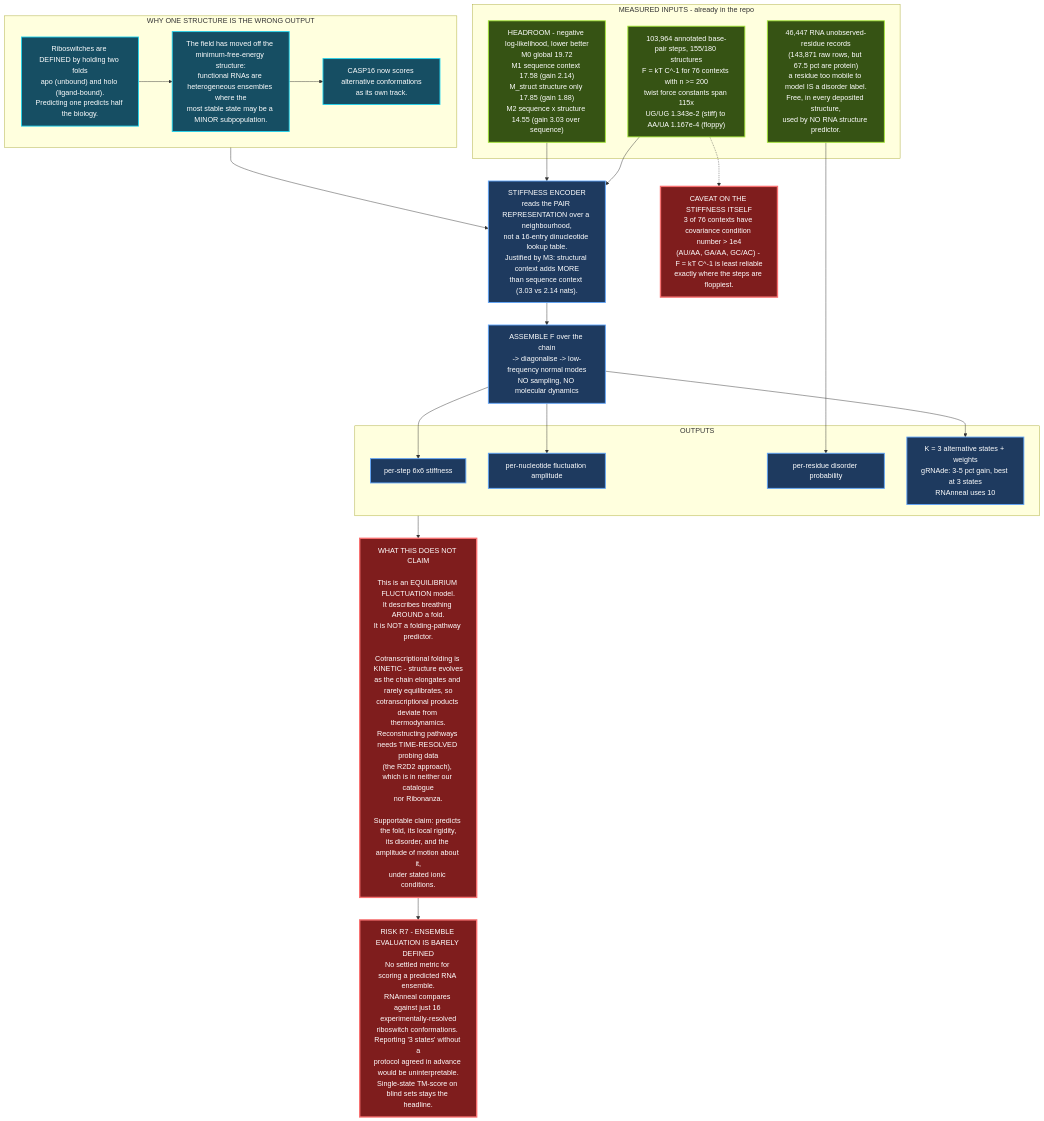
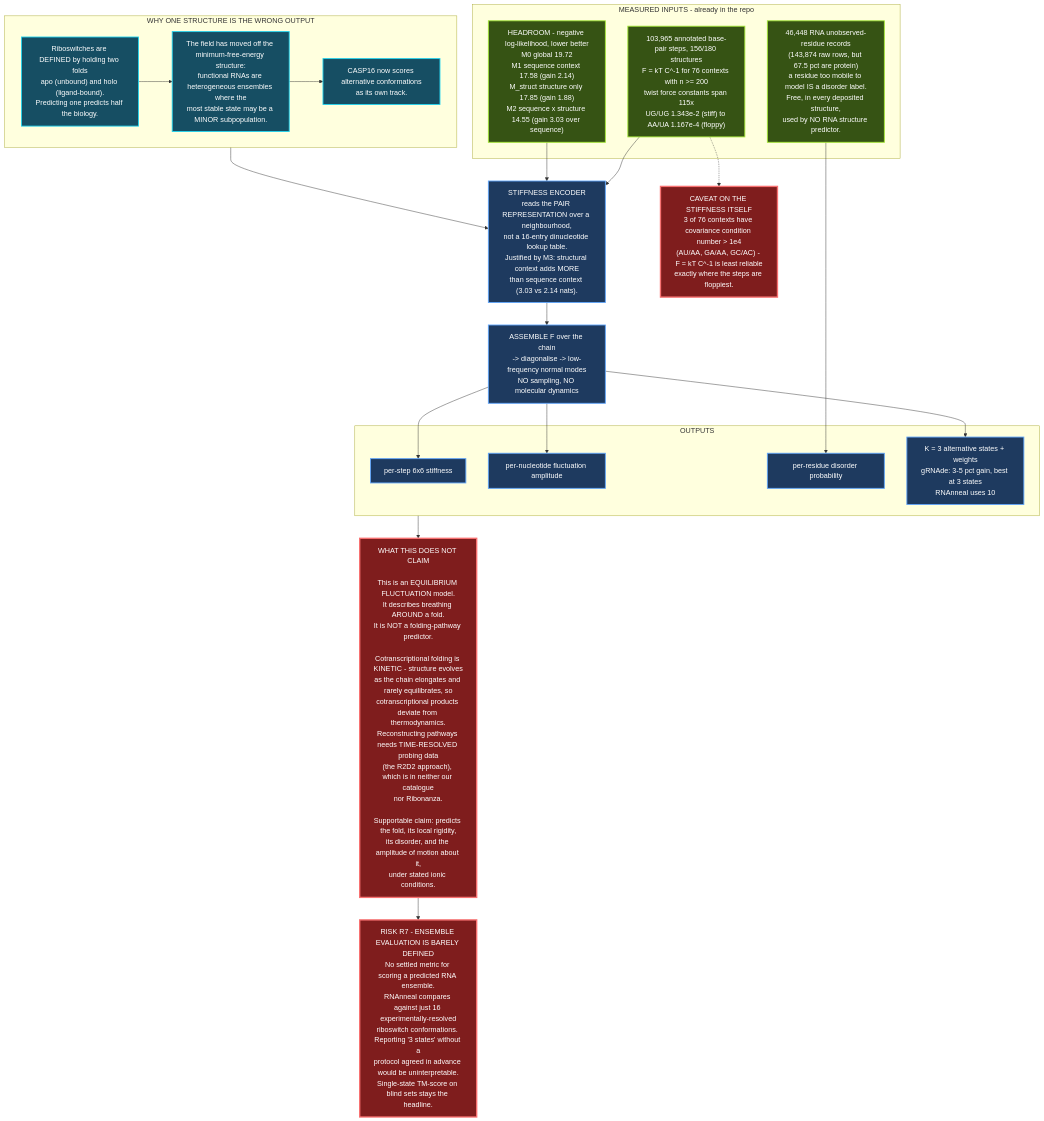
One commit to E-Motioner-X-SBS/sbs-rna changed the diagram in research/architecture/diagrams/08-dynamics-ensemble.mmd. Above: the diagram before and after it, drawn with Mermaid. The commit also changed 23 other files, not shown here.

```diff
--- a/research/architecture/diagrams/08-dynamics-ensemble.mmd
+++ b/research/architecture/diagrams/08-dynamics-ensemble.mmd
@@ -1,52 +1,52 @@
 graph TB
     subgraph WHY["WHY ONE STRUCTURE IS THE WRONG OUTPUT"]
         W1["Riboswitches are DEFINED by holding two folds<br/>apo (unbound) and holo (ligand-bound).<br/>Predicting one predicts half the biology."]
         W2["The field has moved off the minimum-free-energy structure:<br/>functional RNAs are heterogeneous ensembles where the<br/>most stable state may be a MINOR subpopulation."]
         W3["CASP16 now scores alternative conformations<br/>as its own track."]
         W1 --> W2 --> W3
     end
 
     subgraph MEAS["MEASURED INPUTS - already in the repo"]
-        M1["103,964 annotated base-pair steps, 155/180 structures<br/>F = kT C^-1 for 76 contexts with n >= 200<br/>twist force constants span 115x<br/>UG/UG 1.343e-2 (stiff) to AA/UA 1.167e-4 (floppy)"]
-        M2["46,447 RNA unobserved-residue records<br/>(143,871 raw rows, but 67.5 pct are protein)<br/>a residue too mobile to model IS a disorder label.<br/>Free, in every deposited structure,<br/>used by NO RNA structure predictor."]
+        M1["103,965 annotated base-pair steps, 156/180 structures<br/>F = kT C^-1 for 76 contexts with n >= 200<br/>twist force constants span 115x<br/>UG/UG 1.343e-2 (stiff) to AA/UA 1.167e-4 (floppy)"]
+        M2["46,448 RNA unobserved-residue records<br/>(143,874 raw rows, but 67.5 pct are protein)<br/>a residue too mobile to model IS a disorder label.<br/>Free, in every deposited structure,<br/>used by NO RNA structure predictor."]
         M3["HEADROOM - negative log-likelihood, lower better<br/>M0 global 19.72<br/>M1 sequence context 17.58 (gain 2.14)<br/>M_struct structure only 17.85 (gain 1.88)<br/>M2 sequence x structure 14.55 (gain 3.03 over sequence)"]
     end
 
     ENC["STIFFNESS ENCODER<br/>reads the PAIR REPRESENTATION over a neighbourhood,<br/>not a 16-entry dinucleotide lookup table.<br/>Justified by M3: structural context adds MORE<br/>than sequence context (3.03 vs 2.14 nats)."]
 
     ASM["ASSEMBLE F over the chain<br/>-> diagonalise -> low-frequency normal modes<br/>NO sampling, NO molecular dynamics"]
 
     subgraph OUT["OUTPUTS"]
         O1["per-step 6x6 stiffness"]
         O2["per-nucleotide fluctuation amplitude"]
         O3["per-residue disorder probability"]
         O4["K = 3 alternative states + weights<br/>gRNAde: 3-5 pct gain, best at 3 states<br/>RNAnneal uses 10"]
     end
 
     M1 --> ENC
     M3 --> ENC
     ENC --> ASM
     ASM --> O1
     ASM --> O2
     M2 --> O3
     ASM --> O4
     WHY --> ENC
 
     LIMIT["WHAT THIS DOES NOT CLAIM<br/><br/>This is an EQUILIBRIUM FLUCTUATION model.<br/>It describes breathing AROUND a fold.<br/>It is NOT a folding-pathway predictor.<br/><br/>Cotranscriptional folding is KINETIC - structure evolves<br/>as the chain elongates and rarely equilibrates, so<br/>cotranscriptional products deviate from thermodynamics.<br/>Reconstructing pathways needs TIME-RESOLVED probing data<br/>(the R2D2 approach), which is in neither our catalogue<br/>nor Ribonanza.<br/><br/>Supportable claim: predicts the fold, its local rigidity,<br/>its disorder, and the amplitude of motion about it,<br/>under stated ionic conditions."]
 
     R7["RISK R7 - ENSEMBLE EVALUATION IS BARELY DEFINED<br/>No settled metric for scoring a predicted RNA ensemble.<br/>RNAnneal compares against just 16 experimentally-resolved<br/>riboswitch conformations. Reporting '3 states' without a<br/>protocol agreed in advance would be uninterpretable.<br/>Single-state TM-score on blind sets stays the headline."]
 
     OUT --> LIMIT
     LIMIT --> R7
 
     CAV["CAVEAT ON THE STIFFNESS ITSELF<br/>3 of 76 contexts have covariance condition number > 1e4<br/>(AU/AA, GA/AA, GC/AC) - F = kT C^-1 is least reliable<br/>exactly where the steps are floppiest."]
     M1 -.-> CAV
 
     classDef meas fill:#365314,stroke:#a3e635,stroke-width:2px,color:#fff
     classDef step fill:#1e3a5f,stroke:#60a5fa,stroke-width:2px,color:#fff
     classDef warn fill:#7f1d1d,stroke:#f87171,stroke-width:3px,color:#fff
     classDef ctx fill:#164e63,stroke:#22d3ee,stroke-width:2px,color:#fff
     class M1,M2,M3 meas
     class ENC,ASM,O1,O2,O3,O4 step
     class LIMIT,R7,CAV warn
     class W1,W2,W3 ctx
```
